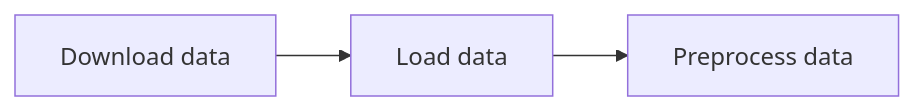
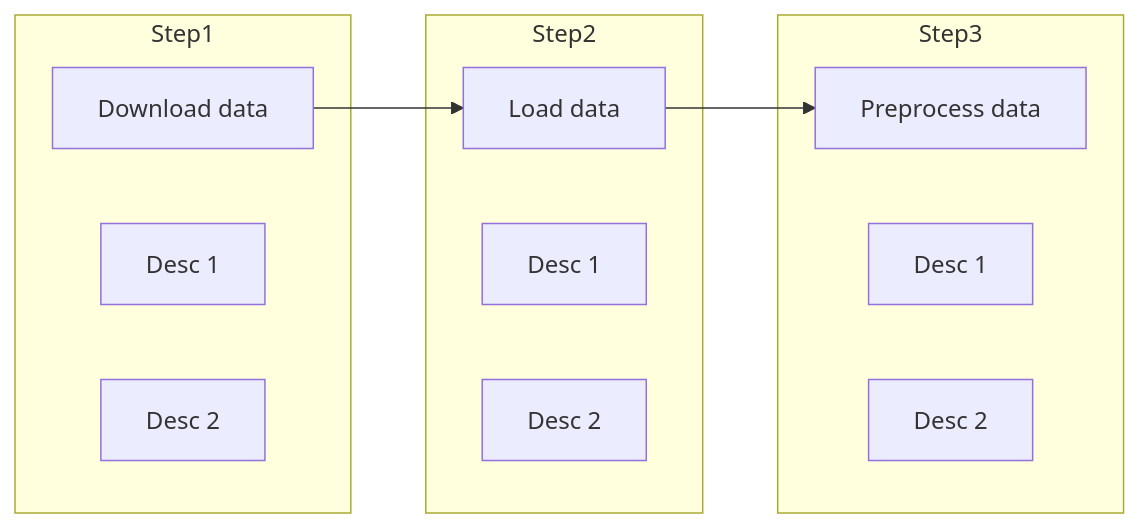
One commit to bohyunshin/recommender changed the diagram in README.md. Above: the diagram before and after it, drawn with Mermaid.

Commit message:
chore: fix flow chart

````diff
--- a/README.md
+++ b/README.md
@@ -91,5 +91,23 @@
 ```mermaid
 flowchart LR
     A[Download data] --> B[Load data]
     B --> C[Preprocess data]
+
+    subgraph Step1
+    A
+    desc1a[Desc 1]
+    desc1b[Desc 2]
+    end
+
+    subgraph Step2
+    B
+    desc2a[Desc 1]
+    desc2b[Desc 2]
+    end
+
+    subgraph Step3
+    C
+    desc3a[Desc 1]
+    desc3b[Desc 2]
+    end
 ```
````
